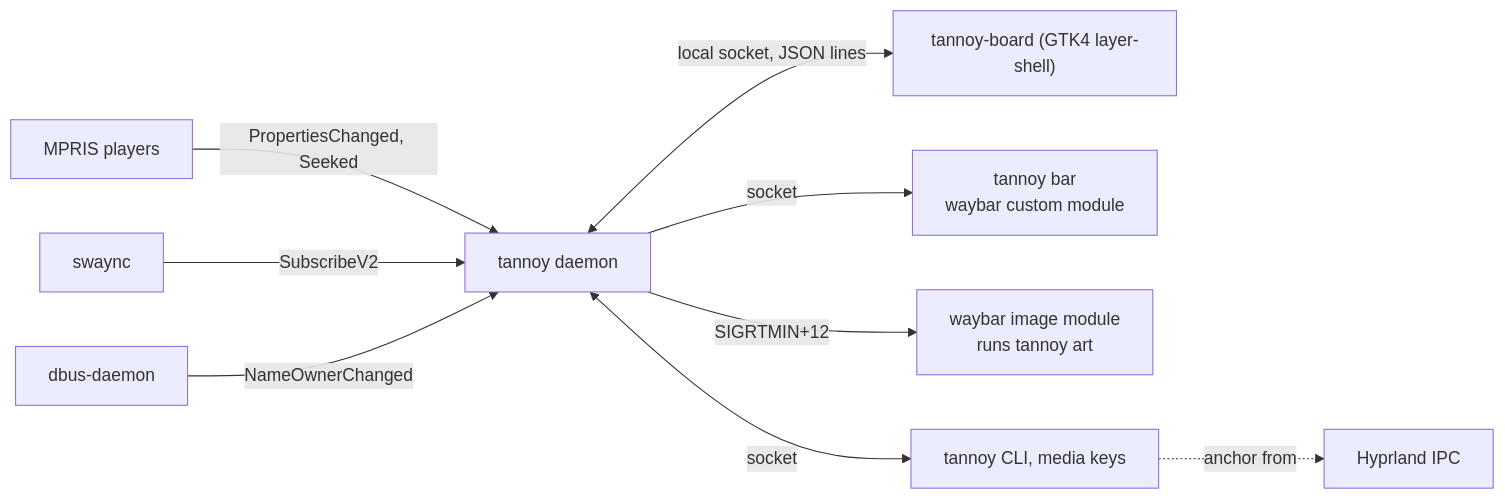
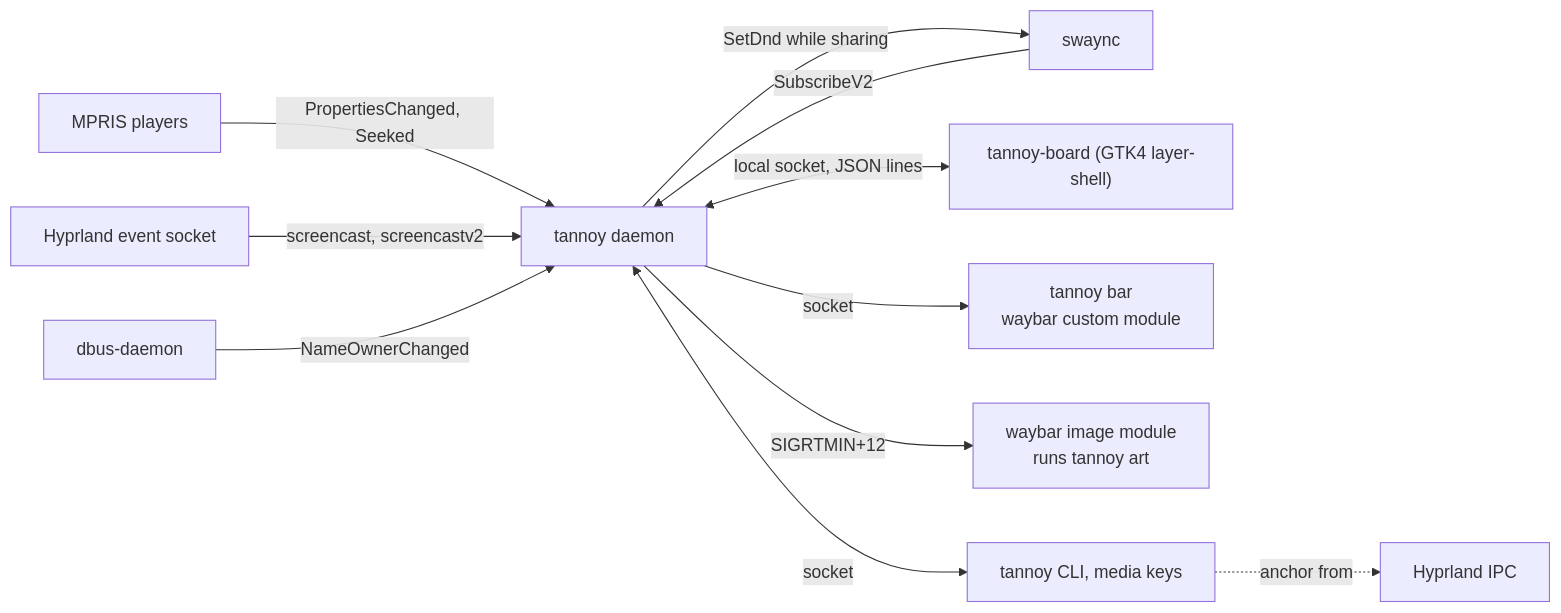
Before and after one commit to NathanielInman/tannoy: the diagram in docs/design.md, drawn with Mermaid. The commit also changed other lines of this file and 7 other files, not shown here.

````diff
--- a/docs/design.md
+++ b/docs/design.md
@@ -33,11 +33,13 @@
 ```mermaid
 flowchart LR
   P["MPRIS players"] -- "PropertiesChanged, Seeked" --> D["tannoy daemon"]
   S["swaync"] -- "SubscribeV2" --> D
+  D -- "SetDnd while sharing" --> S
+  Y["Hyprland event socket"] -- "screencast, screencastv2" --> D
   N["dbus-daemon"] -- "NameOwnerChanged" --> D
   D <-- "local socket, JSON lines" --> B["tannoy-board (GTK4 layer-shell)"]
   D -- socket --> W["tannoy bar<br/>waybar custom module"]
   D -- "SIGRTMIN+12" --> I["waybar image module<br/>runs tannoy art"]
   D <-- socket --> C["tannoy CLI, media keys"]
   C -. "anchor from" .-> H["Hyprland IPC"]
 ```
````
